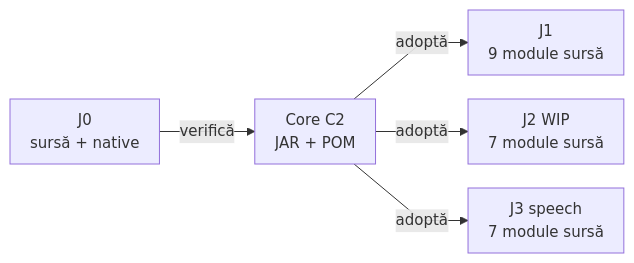
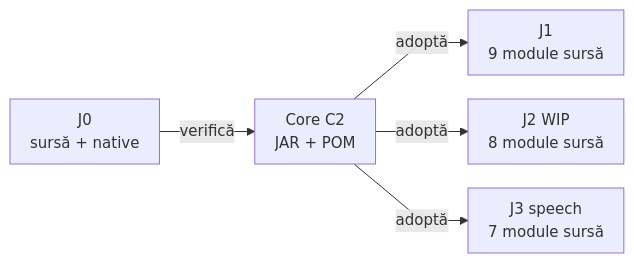
The diagram in docs/ATF_Core_Consumer.md (crististefanita/atf_j2), drawn with Mermaid before and after one commit. The commit also changed other lines of this file and 108 other files, not shown here.

````diff
--- a/docs/ATF_Core_Consumer.md
+++ b/docs/ATF_Core_Consumer.md
@@ -57,8 +57,8 @@
 ```mermaid
 %%{init: {"themeVariables":{"fontSize":"15px"},"themeCSS":".nodeLabel, .nodeLabel p { font-size: 15px !important; line-height: 1.35 !important; } .edgeLabel, .edgeLabel p { font-size: 12px !important; font-weight: 400 !important; line-height: 1.2 !important; } .edgeLabel .labelBkg, .edgeLabel p { background: transparent !important; } .edgeLabel foreignObject { transform: translateY(-18px); overflow: visible; } .node rect { rx: 6px; ry: 6px; }","flowchart":{"curve":"linear","nodeSpacing":24,"rankSpacing":40,"padding":10,"diagramPadding":16}}}%%
 flowchart LR
     Owner["J0<br/>sursă + native"] -->|verifică| Binary["Core C2<br/>JAR + POM"]
     Binary -->|adoptă| J1["J1<br/>9 module sursă"]
-    Binary -->|adoptă| J2["J2 WIP<br/>7 module sursă"]
+    Binary -->|adoptă| J2["J2 WIP<br/>8 module sursă"]
     Binary -->|adoptă| J3["J3 speech<br/>7 module sursă"]
 ```
````
